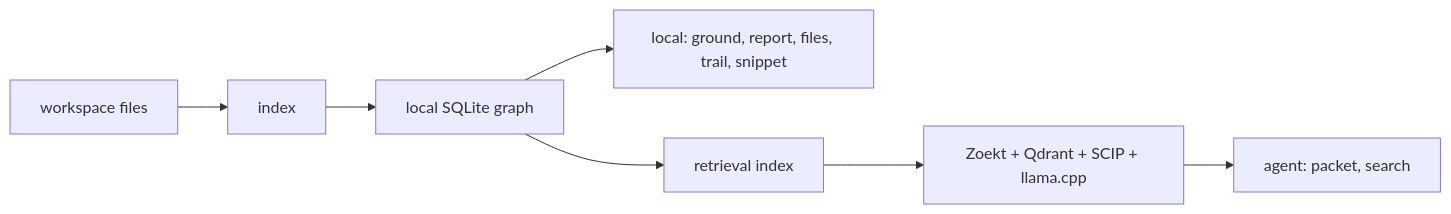
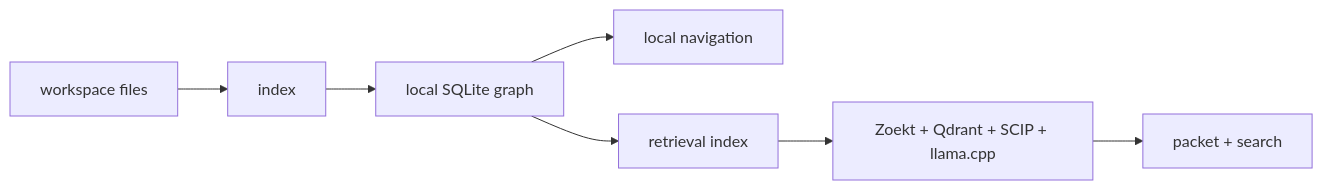
Before and after one commit to TheGreenCedar/CodeStory: the diagram in README.md, drawn with Mermaid. The commit also changed other lines of this file and 2 other files, not shown here.

````diff
--- a/README.md
+++ b/README.md
@@ -29,9 +24,9 @@
 ```mermaid
 flowchart LR
     Repo["workspace files"] --> Index["index"]
     Index --> Store["local SQLite graph"]
-    Store --> Local["local: ground, report, files, trail, snippet"]
+    Store --> Local["local navigation"]
     Store --> RetrievalIndex["retrieval index"]
     RetrievalIndex --> Sidecars["Zoekt + Qdrant + SCIP + llama.cpp"]
-    Sidecars --> AgentSearch["agent: packet, search"]
+    Sidecars --> PacketSearch["packet + search"]
 ```
````
